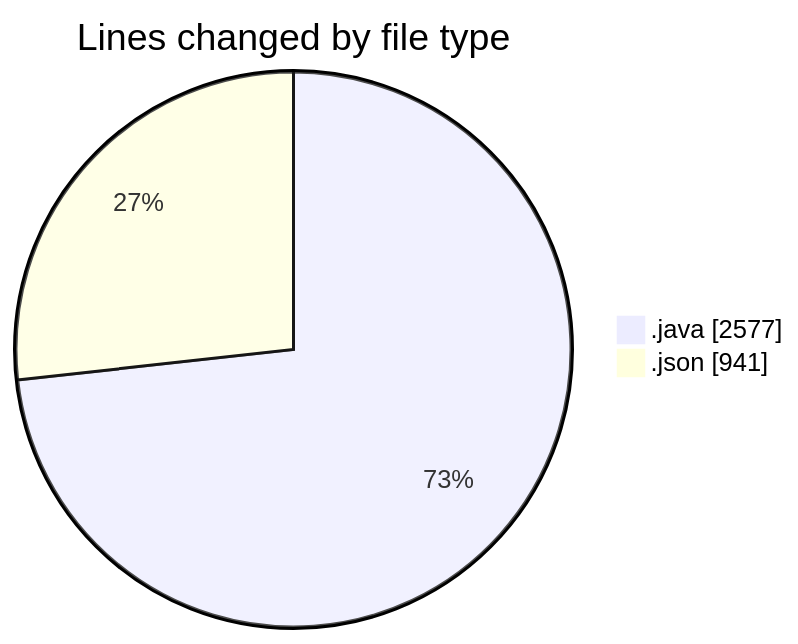
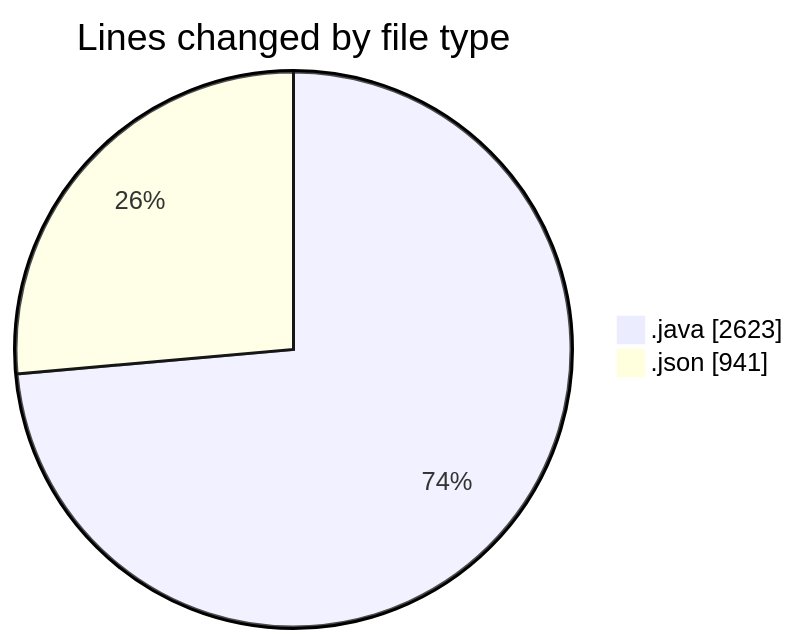
One commit to ricardozamudiocil/code-tracking changed the first of 2 diagrams in 2026-04-28/cilapp/README.md. Above: the diagram before and after it, drawn with Mermaid. The commit also changed other lines of this file and 1 other file, not shown here.

````diff
--- a/2026-04-28/cilapp/README.md
+++ b/2026-04-28/cilapp/README.md
@@ -23,6 +23,6 @@
 ```mermaid
 pie showData
 title Lines changed by file type
-".java" : 2577
+".java" : 2623
 ".json" : 941
 ```
````
